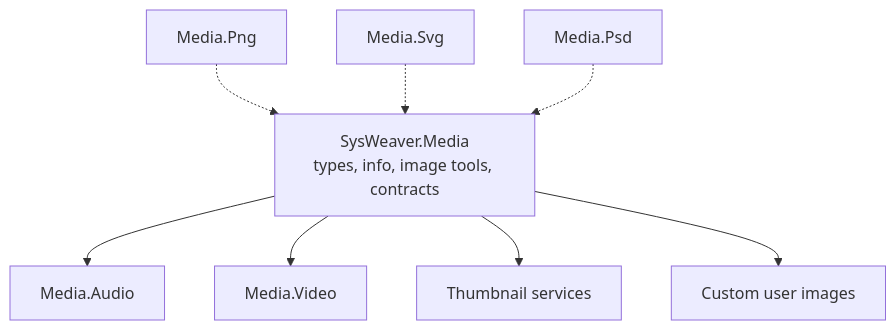
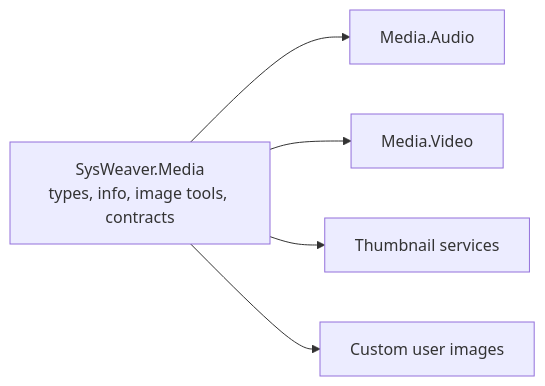
Before and after one commit to dosh1974/SysWeaver: the diagram in SysWeaver.Media/README.md, drawn with Mermaid. The commit also changed other lines of this file and 532 other files, not shown here.

````diff
--- a/SysWeaver.Media/README.md
+++ b/SysWeaver.Media/README.md
@@ -18,11 +18,8 @@
 ```mermaid
-flowchart TB
+flowchart LR
   Media["SysWeaver.Media<br/>types, info, image tools, contracts"]
   Media --> Audio["Media.Audio"]
   Media --> Video["Media.Video"]
   Media --> Thumb["Thumbnail services"]
   Media --> CUI["Custom user images"]
-  Png["Media.Png"] -.-> Media
-  Svg["Media.Svg"] -.-> Media
-  Psd["Media.Psd"] -.-> Media
 ```
````
